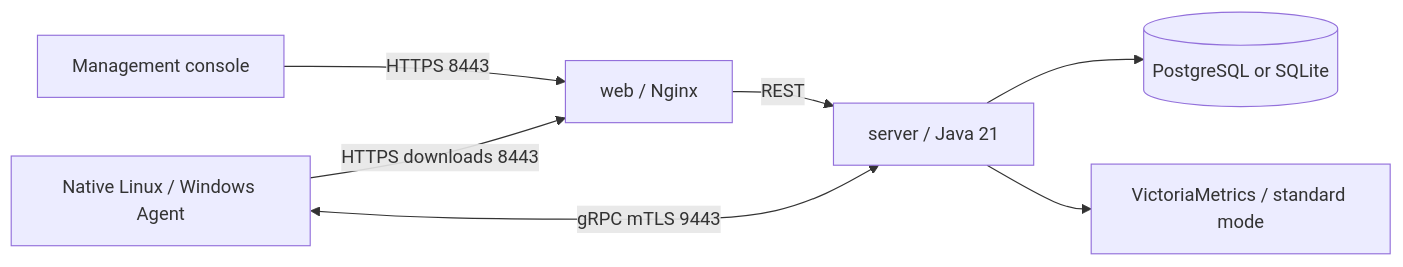
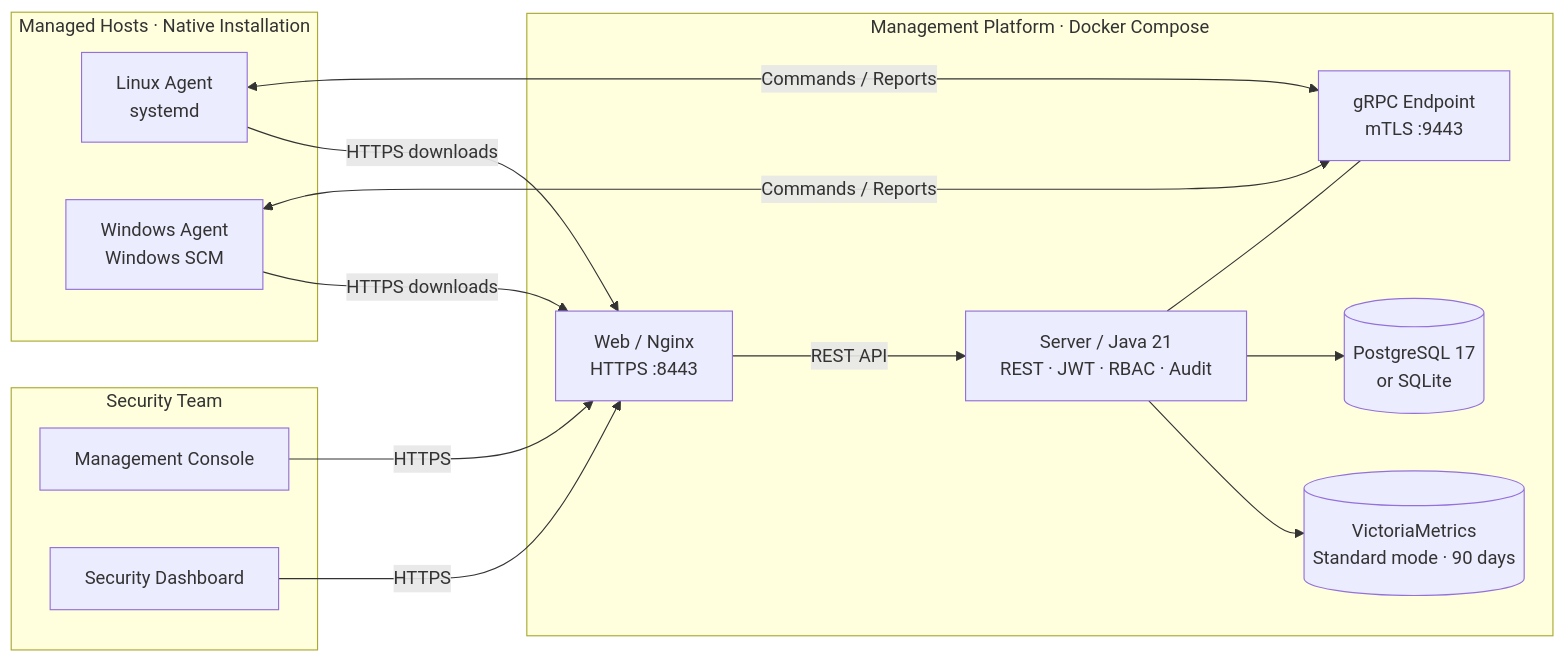
The first of 3 diagrams in README.md (wybroot/alinksec), drawn with Mermaid before and after one commit. The commit also changed other lines of this file and 1 other file, not shown here.

````diff
--- a/README.md
+++ b/README.md
@@ -37,9 +73,31 @@
 ```mermaid
 flowchart LR
-    Browser[Management console] -->|HTTPS 8443| Web[web / Nginx]
-    Web -->|REST| Server[server / Java 21]
-    Agent[Native Linux / Windows Agent] <-->|gRPC mTLS 9443| Server
-    Agent -->|HTTPS downloads 8443| Web
-    Server --> Database[(PostgreSQL or SQLite)]
-    Server --> Metrics[VictoriaMetrics / standard mode]
+    subgraph TEAM["Security Team"]
+        CONSOLE["Management Console"]
+        SCREEN["Security Dashboard"]
+    end
+
+    subgraph PLATFORM["Management Platform · Docker Compose"]
+        WEB["Web / Nginx<br/>HTTPS :8443"]
+        SERVER["Server / Java 21<br/>REST · JWT · RBAC · Audit"]
+        GRPC["gRPC Endpoint<br/>mTLS :9443"]
+        DB[("PostgreSQL 17<br/>or SQLite")]
+        METRICS[("VictoriaMetrics<br/>Standard mode · 90 days")]
+    end
+
+    subgraph HOSTS["Managed Hosts · Native Installation"]
+        LINUX["Linux Agent<br/>systemd"]
+        WINDOWS["Windows Agent<br/>Windows SCM"]
+    end
+
+    CONSOLE -->|HTTPS| WEB
+    SCREEN -->|HTTPS| WEB
+    WEB -->|REST API| SERVER
+    SERVER --- GRPC
+    SERVER --> DB
+    SERVER --> METRICS
+    LINUX <-->|Commands / Reports| GRPC
+    WINDOWS <-->|Commands / Reports| GRPC
+    LINUX -->|HTTPS downloads| WEB
+    WINDOWS -->|HTTPS downloads| WEB
 ```
````
